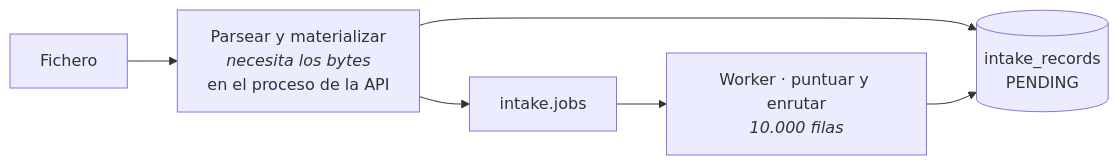
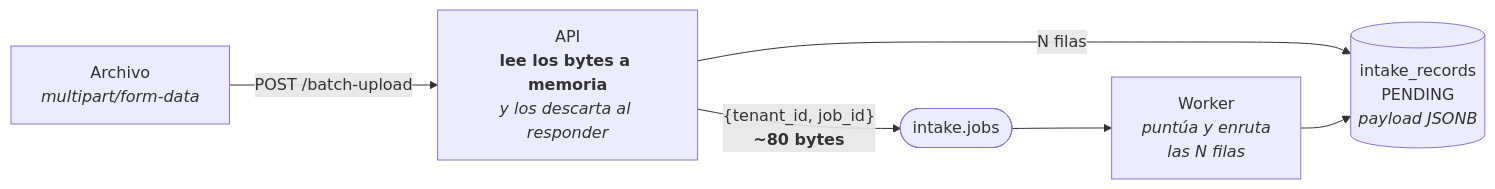
Before and after one commit to MDCIrony/leads-hexa: the ninth of 11 diagrams in .slides-events/slides.md, drawn with Mermaid. The commit also changed other lines of this file, not shown here.

````diff
--- a/.slides-events/slides.md
+++ b/.slides-events/slides.md
@@ -526,8 +411,8 @@
-```mermaid {scale: 0.7}
+```mermaid {scale: 0.66}
 flowchart LR
-    F["Fichero"] --> P["Parsear y materializar<br/><i>necesita los bytes</i><br/>en el proceso de la API"]
-    P --> R[("intake_records<br/>PENDING")]
-    P --> Q["intake.jobs"]
-    Q --> W["Worker · puntuar y enrutar<br/><i>10.000 filas</i>"]
+    F["Archivo<br/><i>multipart/form-data</i>"] -->|"POST /batch-upload"| API["API<br/><b>lee los bytes a memoria</b><br/><i>y los descarta al responder</i>"]
+    API -->|"N filas"| R[("intake_records<br/>PENDING<br/><i>payload JSONB</i>")]
+    API -->|"{tenant_id, job_id}<br/><b>~80 bytes</b>"| Q(["intake.jobs"])
+    Q --> W["Worker<br/><i>puntúa y enruta<br/>las N filas</i>"]
     W --> R
 ```
````
